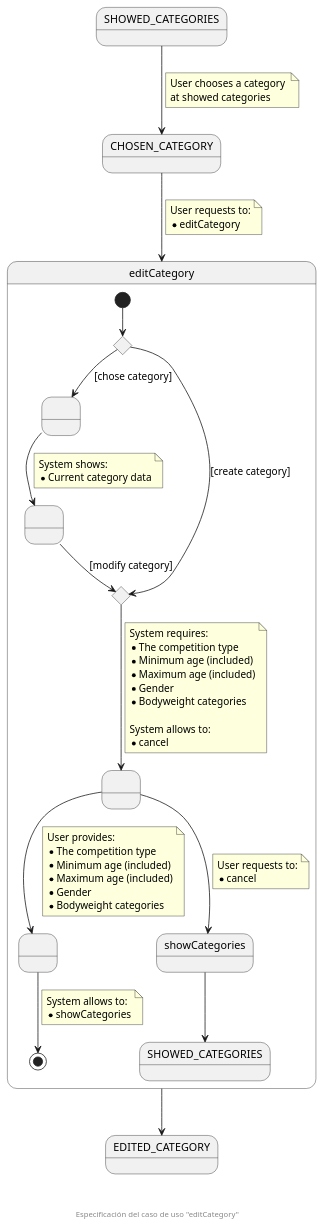
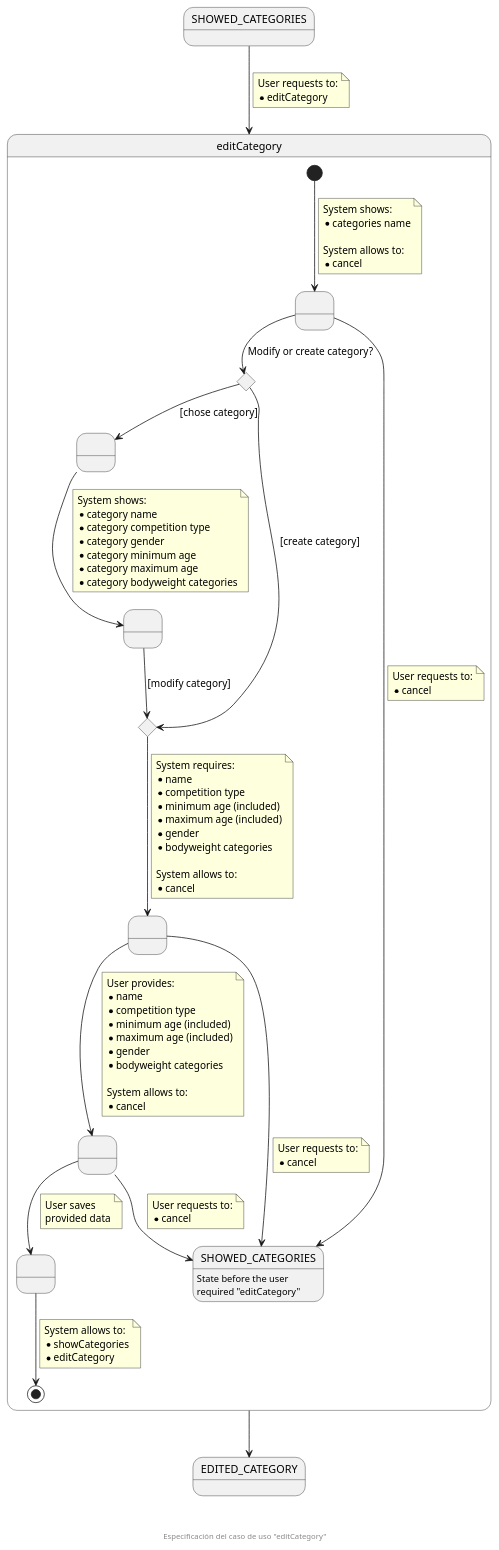
One commit to zuldare/mastercloud_pfm_halterocms changed the diagram in documentation/diagrams/1_requirements/3_useCasesSpecification/organizationSecretary/03_editCategory.puml. Above: the diagram before and after it, drawn with PlantUML.

```diff
--- a/documentation/diagrams/1_requirements/3_useCasesSpecification/organizationSecretary/03_editCategory.puml
+++ b/documentation/diagrams/1_requirements/3_useCasesSpecification/organizationSecretary/03_editCategory.puml
@@ -1,72 +1,106 @@
 @startuml
 state SHOWED_CATEGORIES
-state CHOSEN_CATEGORY
 state editCategory {
+  state " " as SHOWED_CATEGORIES_TO_BE_EDITED
   state createOrModifyCHC <<choice>>
   state " " as providedCategory
   state " " as showedData
   state createOrModifyCHC2 <<choice>>
   state " " as pendingData
   state " " as providedData
-  [*] --> createOrModifyCHC
+  state " " as savedData
+  [*] --> SHOWED_CATEGORIES_TO_BE_EDITED
+  note on link
+    System shows:
+    * categories name
+
+    System allows to:
+    * cancel
+  end note
+
+  SHOWED_CATEGORIES_TO_BE_EDITED --> createOrModifyCHC : Modify or create category?
+
+  SHOWED_CATEGORIES_TO_BE_EDITED --> SHOWED_CATEGORIES_F
+  note on link
+    User requests to:
+    * cancel
+  end note
+
   createOrModifyCHC --> providedCategory : [chose category]
   createOrModifyCHC --> createOrModifyCHC2 : [create category]
   providedCategory --> showedData
   note on link
     System shows:
-    * Current category data
+    * category name
+    * category competition type
+    * category gender
+    * category minimum age
+    * category maximum age
+    * category bodyweight categories
   end note
   showedData --> createOrModifyCHC2 : [modify category]
   createOrModifyCHC2 --> pendingData
   note on link
     System requires:
-    * The competition type
-    * Minimum age (included)
-    * Maximum age (included)
-    * Gender
-    * Bodyweight categories
+    * name
+    * competition type
+    * minimum age (included)
+    * maximum age (included)
+    * gender
+    * bodyweight categories
 
     System allows to:
     * cancel
   end note
-  pendingData --> showCategories
+  pendingData --> SHOWED_CATEGORIES_F
   note on link
     User requests to:
     * cancel
   end note
-  showCategories --> SHOWED_CATEGORIES_F
+
   pendingData --> providedData
   note on link
     User provides:
-    * The competition type
-    * Minimum age (included)
-    * Maximum age (included)
-    * Gender
-    * Bodyweight categories
+    * name
+    * competition type
+    * minimum age (included)
+    * maximum age (included)
+    * gender
+    * bodyweight categories
+
+    System allows to:
+    * cancel
   end note
-  providedData --> [*]
+
+  providedData --> savedData
+  note on link
+    User saves 
+    provided data
+  end note
+
+  providedData --> SHOWED_CATEGORIES_F
+  note on link
+    User requests to:
+    * cancel
+  end note
+
+  savedData --> [*]
   note on link
     System allows to:
     * showCategories
+    * editCategory
   end note
 }
 state EDITED_CATEGORY
-state showCategories
-state "SHOWED_CATEGORIES" as SHOWED_CATEGORIES_F
+state "SHOWED_CATEGORIES" as SHOWED_CATEGORIES_F : State before the user\nrequired "editCategory"
 
-SHOWED_CATEGORIES --> CHOSEN_CATEGORY
-note on link
-  User chooses a category 
-  at showed categories
-end note
-
-CHOSEN_CATEGORY --> editCategory
+SHOWED_CATEGORIES --> editCategory
 note on link
   User requests to:
   * editCategory
 end note
 
 editCategory --> EDITED_CATEGORY
 
 footer \n\n\n Especificación del caso de uso "editCategory"
 @enduml
```
